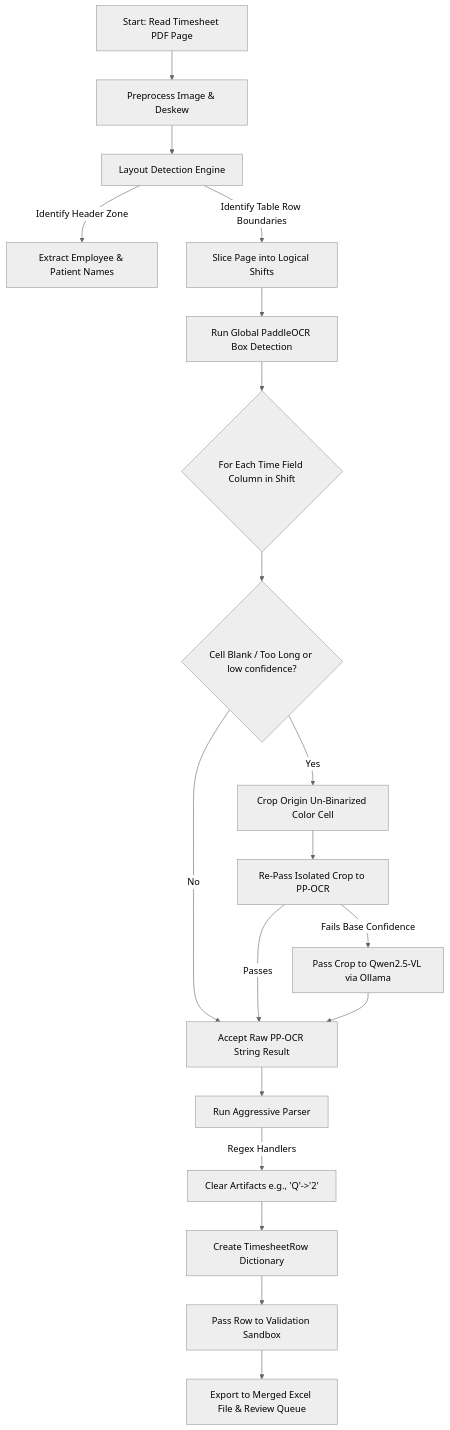
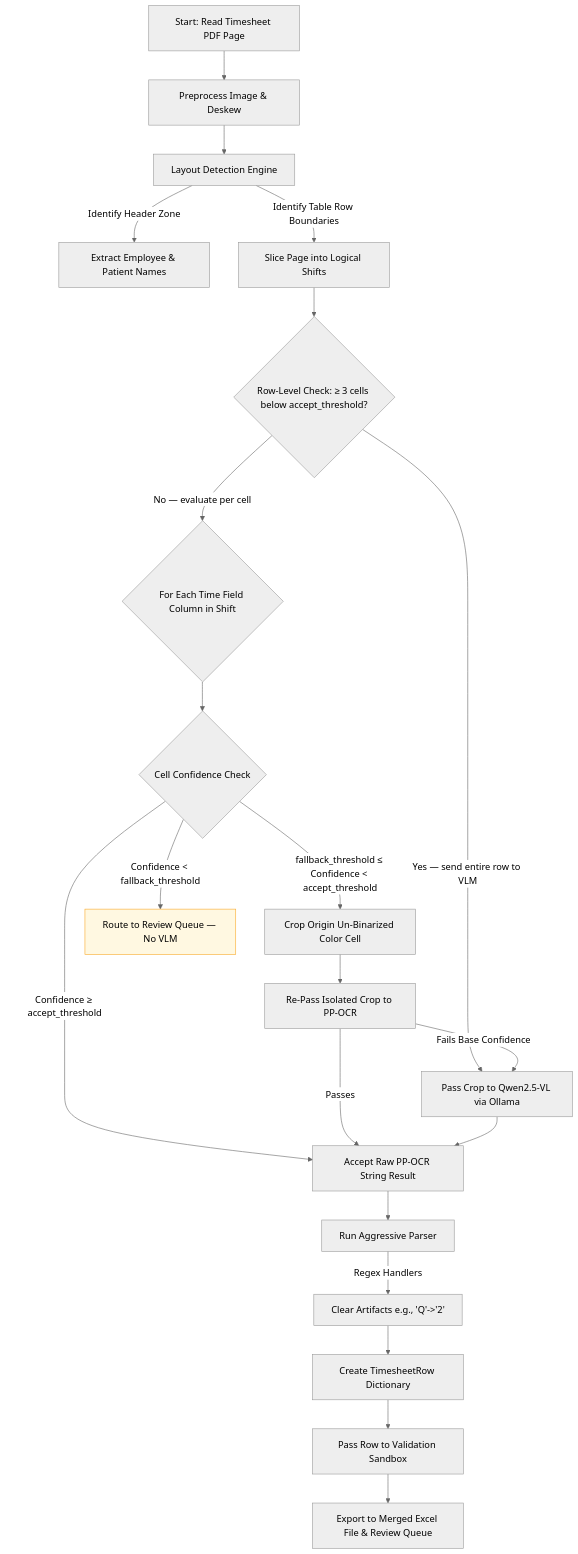
One commit to mohitagr18/timesheet-ocr changed the diagram in workflows/ppocr_grid_flow.md. Above: the diagram before and after it, drawn with Mermaid (neutral theme). The commit also changed other lines of this file and 6 other files, not shown here.

````diff
--- a/workflows/ppocr_grid_flow.md
+++ b/workflows/ppocr_grid_flow.md
@@ -13,29 +13,33 @@
 ```mermaid
 graph TD
     A[Start: Read Timesheet PDF Page] --> B[Preprocess Image & Deskew]
     B --> C[Layout Detection Engine]
     
     C -->|Identify Header Zone| D[Extract Employee & Patient Names]
     C -->|Identify Table Row Boundaries| E[Slice Page into Logical Shifts]
     
-    E --> F[Run Global PaddleOCR Box Detection]
-    F --> G{For Each Time Field Column in Shift}
+    E --> E2{Row-Level Check: ≥ 3 cells below accept_threshold?}
+    E2 -->|Yes — send entire row to VLM| L[Pass Crop to Qwen2.5-VL via Ollama]
+    E2 -->|No — evaluate per cell| G{For Each Time Field Column in Shift}
     
-    G --> H{Cell Blank / Too Long or low confidence?}
-    H -->|No| I[Accept Raw PP-OCR String Result]
-    H -->|Yes| J[Crop Origin Un-Binarized Color Cell]
+    G --> H{Cell Confidence Check}
+    H -->|Confidence ≥ accept_threshold| I[Accept Raw PP-OCR String Result]
+    H -->|fallback_threshold ≤ Confidence < accept_threshold| J[Crop Origin Un-Binarized Color Cell]
+    H -->|Confidence < fallback_threshold| R[Route to Review Queue — No VLM]
     
     J --> K[Re-Pass Isolated Crop to PP-OCR]
     K -->|Fails Base Confidence| L[Pass Crop to Qwen2.5-VL via Ollama]
     K -->|Passes| I
     
     L --> I
     I --> M[Run Aggressive Parser]
     
     %% Parser logic
     M -->|Regex Handlers| N[Clear Artifacts e.g., 'Q'->'2']
     N --> O[Create TimesheetRow Dictionary]
     
     O --> P[Pass Row to Validation Sandbox]
     P --> Q[Export to Merged Excel File & Review Queue]
+    
+    style R fill:#fff8e1,stroke:#f9a825,color:#000
 ```
````
